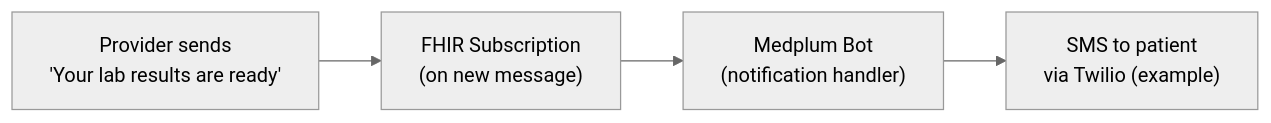
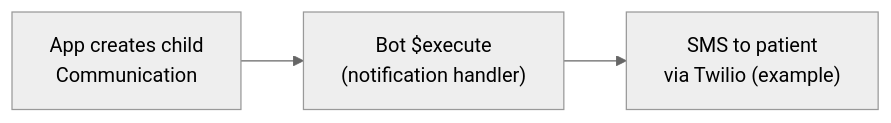
The first of 3 diagrams in packages/docs/docs/communications/external-messaging-integration-patterns.mdx (medplum/medplum), drawn with Mermaid (neutral theme) before and after one commit. The commit also changed other lines of this file and 1 other file, not shown here.

First line of the commit message:
docs(communications): address review — Bot $execute, upsert, dedup, webhook links

````diff
--- a/packages/docs/docs/communications/external-messaging-integration-patterns.mdx
+++ b/packages/docs/docs/communications/external-messaging-integration-patterns.mdx
@@ -34,6 +34,5 @@
 ```mermaid
 flowchart LR
-    CreateComm["Provider sends<br/>'Your lab results are ready'"] --> Sub["FHIR Subscription<br/>(on new message)"]
-    Sub --> Bot["Medplum Bot<br/>(notification handler)"]
-    Bot --> External["SMS to patient<br/>via Twilio (example)"]
+    CreateComm["App creates child<br/>Communication"] --> Exec["Bot $execute<br/>(notification handler)"]
+    Exec --> External["SMS to patient<br/>via Twilio (example)"]
 ```
````
